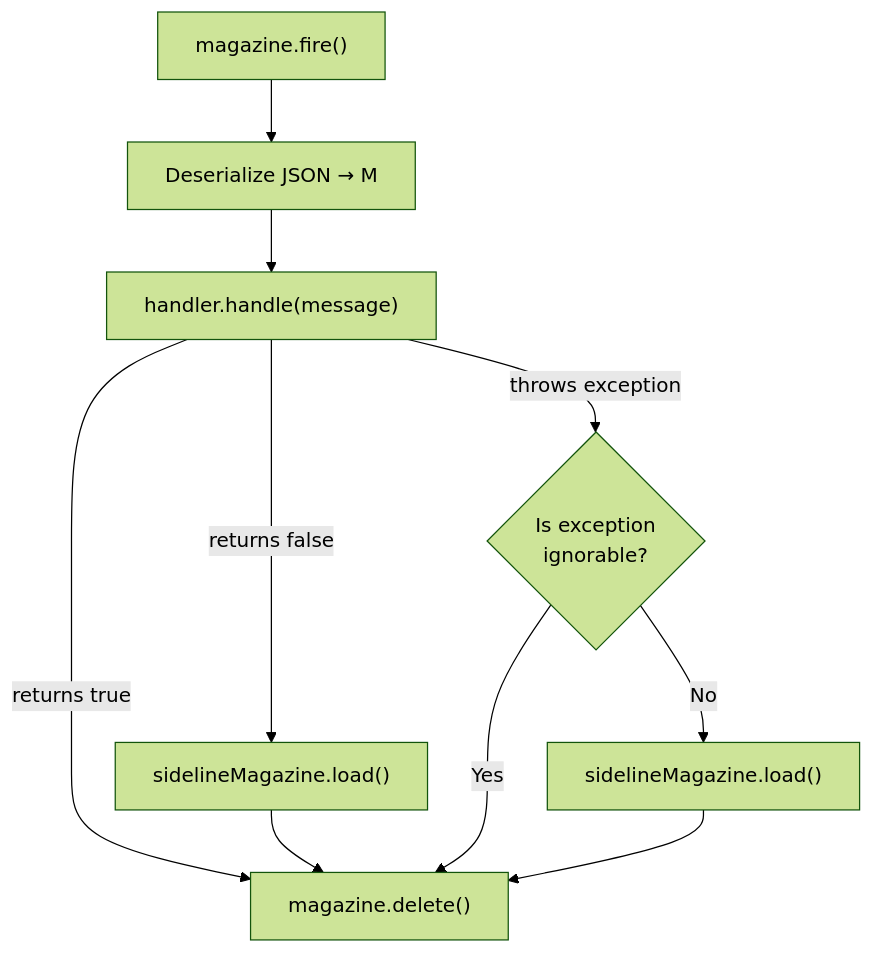
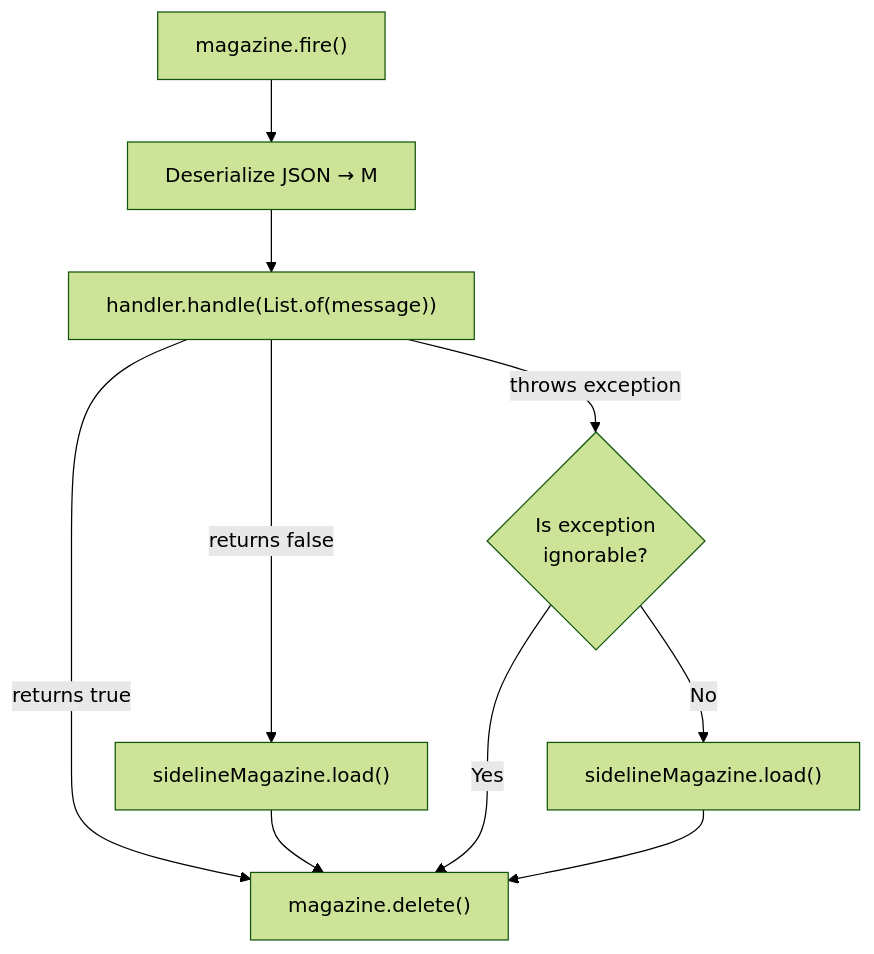
Before and after one commit to PhonePe/IgnisMQ: the second of 6 diagrams in docs/docs/core-concepts.md, drawn with Mermaid (forest theme). The commit also changed other lines of this file and 39 other files, not shown here.

````diff
--- a/docs/docs/core-concepts.md
+++ b/docs/docs/core-concepts.md
@@ -54,12 +57,12 @@
 ```mermaid
 flowchart TD
     Fire["magazine.fire()"] --> Deser["Deserialize JSON → M"]
-    Deser --> Call["handler.handle(message)"]
+    Deser --> Call["handler.handle(List.of(message))"]
     Call -->|returns true| Delete["magazine.delete()"]
     Call -->|returns false| Sideline["sidelineMagazine.load()"]
     Sideline --> Delete
     Call -->|throws exception| Check{"Is exception<br/>ignorable?"}
     Check -->|Yes| Delete
     Check -->|No| Sideline2["sidelineMagazine.load()"]
     Sideline2 --> Delete
 ```
````
